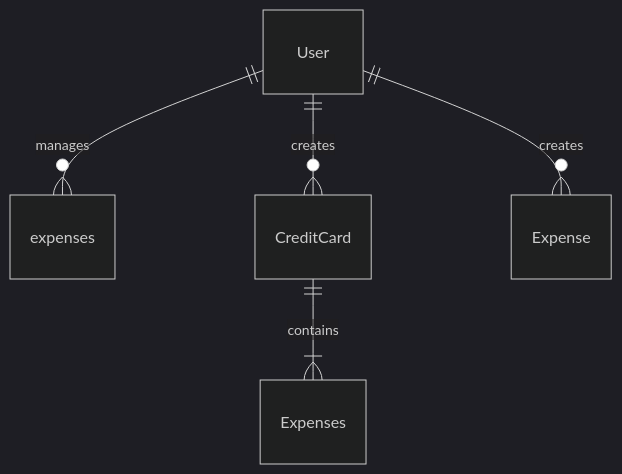
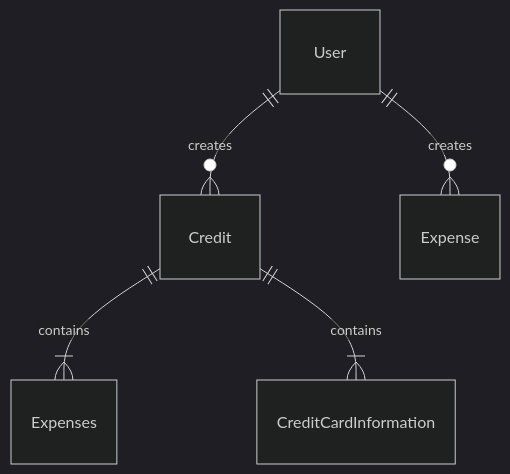
One commit to AguilarAS/track-expenses changed the first of 2 diagrams in README.md. Above: the diagram before and after it, drawn with Mermaid. The commit also changed other lines of this file, not shown here.

````diff
--- a/README.md
+++ b/README.md
@@ -36,8 +36,8 @@
 ```mermaid
 %%{init: {'theme':'dark'}}%%
 erDiagram
-    User ||--o{ expenses : manages
-    User ||--o{ CreditCard: creates
+    User ||--o{ Credit: creates
     User ||--o{ Expense: creates
-    CreditCard||--|{ Expenses: contains
+    Credit||--|{ Expenses: contains
+    Credit||--|{ CreditCardInformation: contains
 ```
````
